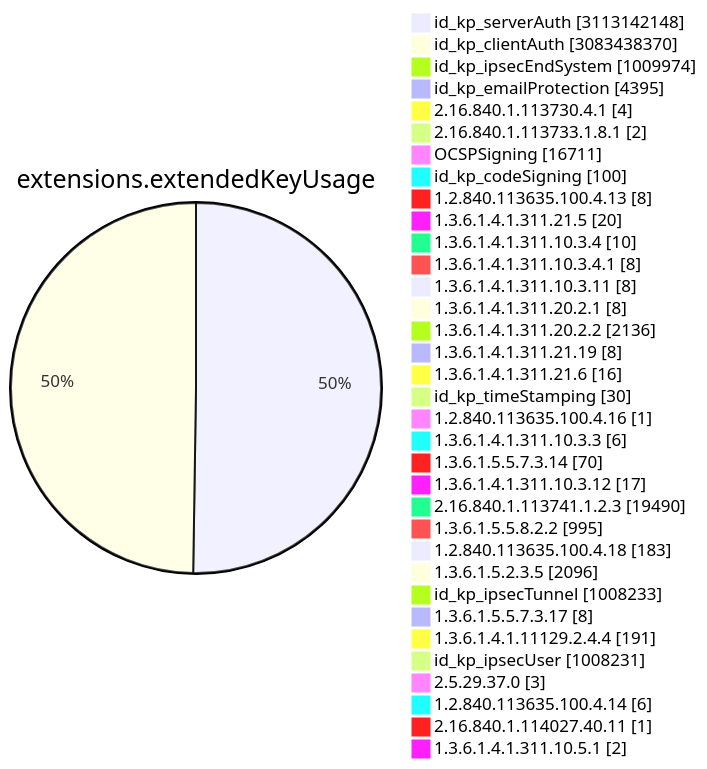
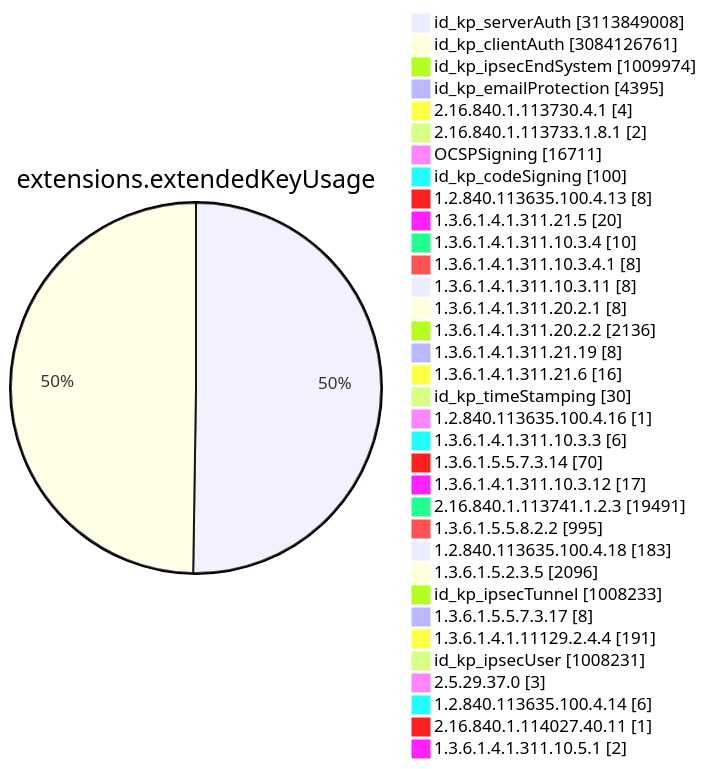
Diagram 11 of 15 in TOTAL/README.md (christiankrug/ctmonitor_visualization), drawn with Mermaid before and after one commit. The commit also changed other lines of this file, not shown here.

````diff
--- a/TOTAL/README.md
+++ b/TOTAL/README.md
@@ -4119,38 +4119,38 @@
 ```mermaid
 pie showData
 title extensions.extendedKeyUsage
-"id_kp_serverAuth" :3113142148
-"id_kp_clientAuth" :3083438370
+"id_kp_serverAuth" :3113849008
+"id_kp_clientAuth" :3084126761
 "id_kp_ipsecEndSystem" :1009974
 "id_kp_emailProtection" :4395
 "2.16.840.1.113730.4.1" :4
 "2.16.840.1.113733.1.8.1" :2
 "OCSPSigning" :16711
 "id_kp_codeSigning" :100
 "1.2.840.113635.100.4.13" :8
 "1.3.6.1.4.1.311.21.5" :20
 "1.3.6.1.4.1.311.10.3.4" :10
 "1.3.6.1.4.1.311.10.3.4.1" :8
 "1.3.6.1.4.1.311.10.3.11" :8
 "1.3.6.1.4.1.311.20.2.1" :8
 "1.3.6.1.4.1.311.20.2.2" :2136
 "1.3.6.1.4.1.311.21.19" :8
 "1.3.6.1.4.1.311.21.6" :16
 "id_kp_timeStamping" :30
 "1.2.840.113635.100.4.16" :1
 "1.3.6.1.4.1.311.10.3.3" :6
 "1.3.6.1.5.5.7.3.14" :70
 "1.3.6.1.4.1.311.10.3.12" :17
-"2.16.840.1.113741.1.2.3" :19490
+"2.16.840.1.113741.1.2.3" :19491
 "1.3.6.1.5.5.8.2.2" :995
 "1.2.840.113635.100.4.18" :183
 "1.3.6.1.5.2.3.5" :2096
 "id_kp_ipsecTunnel" :1008233
 "1.3.6.1.5.5.7.3.17" :8
 "1.3.6.1.4.1.11129.2.4.4" :191
 "id_kp_ipsecUser" :1008231
 "2.5.29.37.0" :3
 "1.2.840.113635.100.4.14" :6
 "2.16.840.1.114027.40.11" :1
 "1.3.6.1.4.1.311.10.5.1" :2
 ```
````
